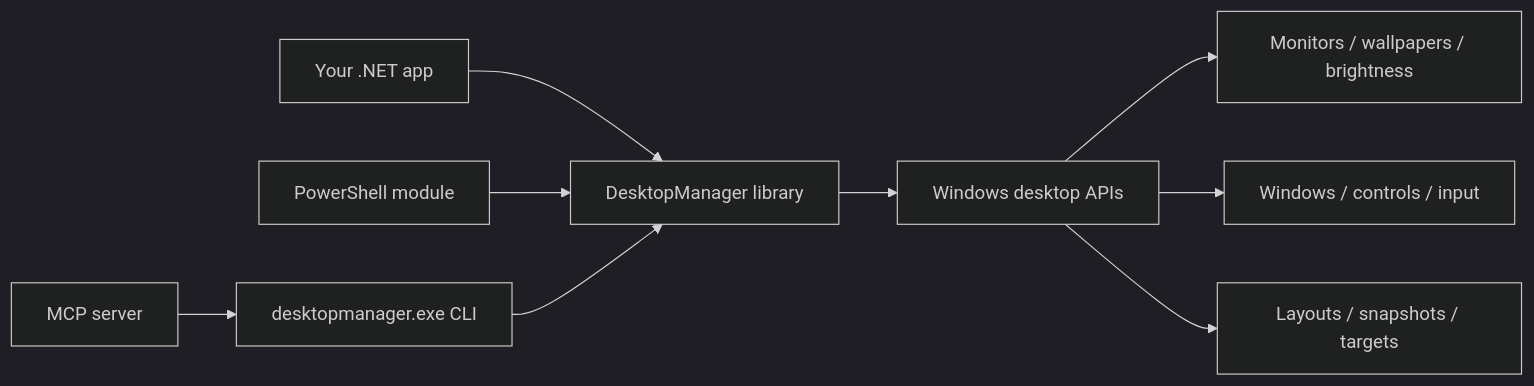
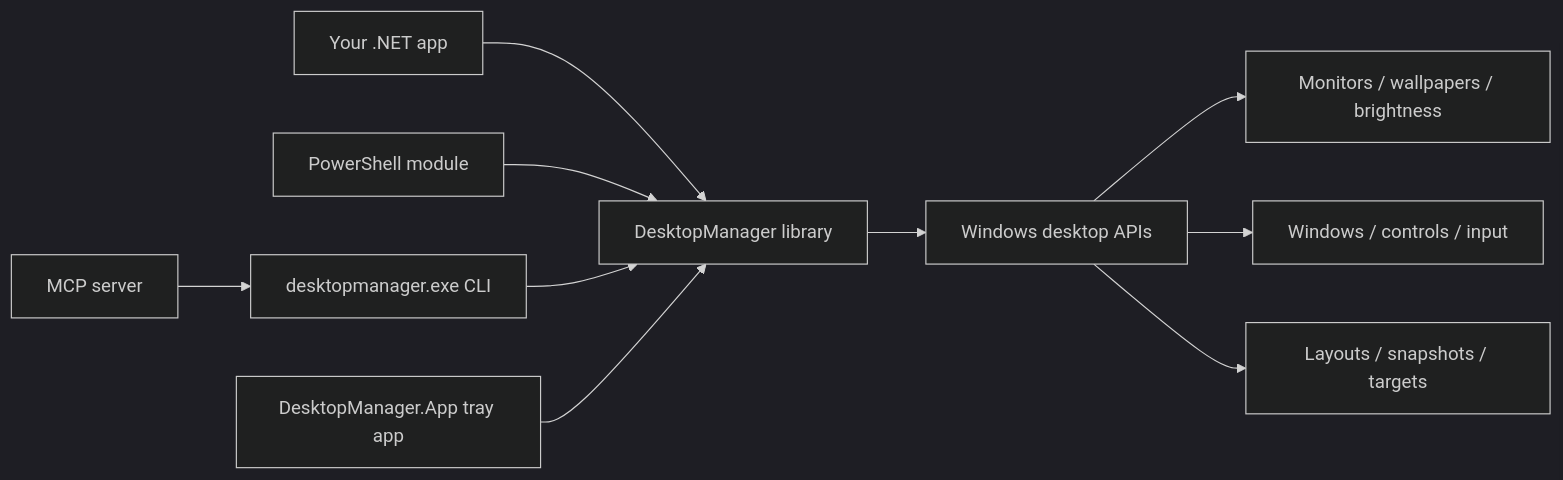
The first of 2 diagrams in README.MD (EvotecIT/DesktopManager), drawn with Mermaid (dark theme) before and after one commit. The commit also changed other lines of this file and 12 other files, not shown here.

First line of the commit message:
Add daily DesktopManager app MSI packaging

````diff
--- a/README.MD
+++ b/README.MD
@@ -81,11 +82,12 @@
 ```mermaid
 flowchart LR
     A["Your .NET app"] --> B["DesktopManager library"]
     C["PowerShell module"] --> B
     D["desktopmanager.exe CLI"] --> B
     E["MCP server"] --> D
+    J["DesktopManager.App tray app"] --> B
     B --> F["Windows desktop APIs"]
     F --> G["Monitors / wallpapers / brightness"]
     F --> H["Windows / controls / input"]
     F --> I["Layouts / snapshots / targets"]
 ```
````
